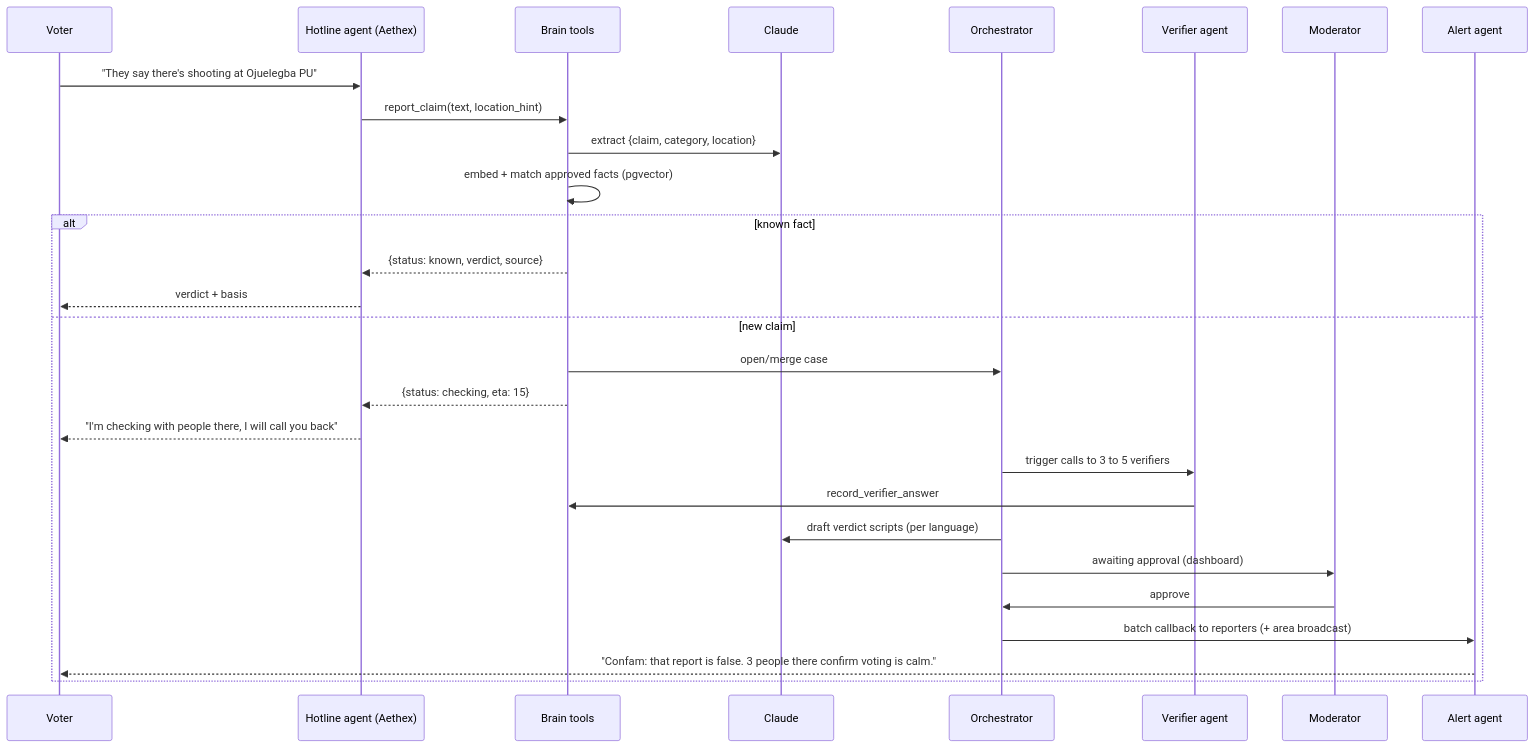
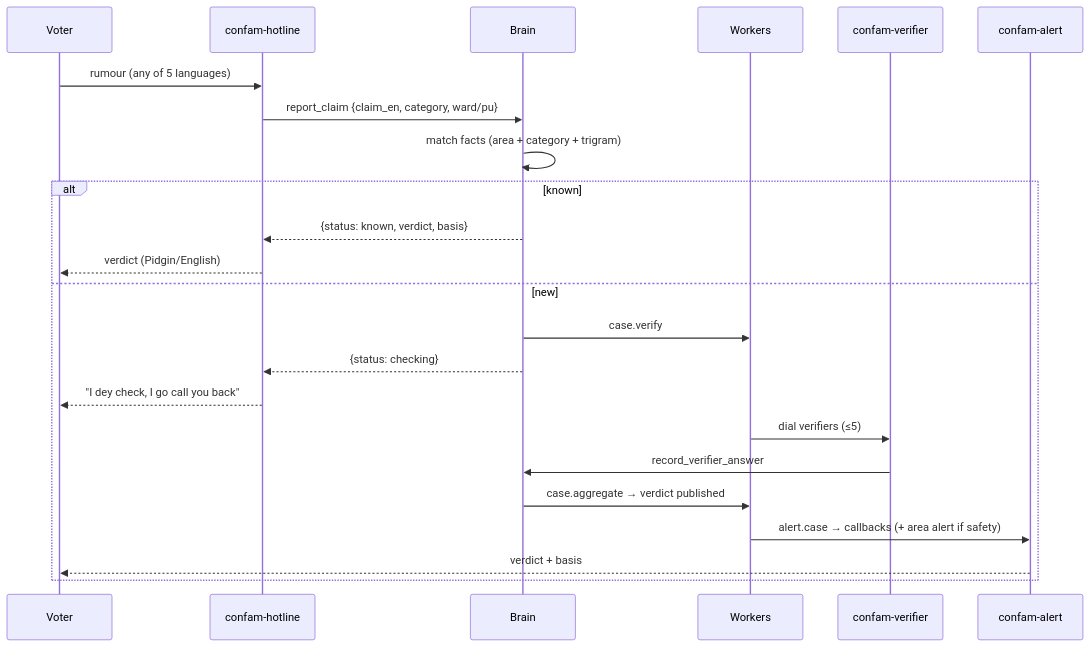
The third of 4 diagrams in ARCHITECTURE.md (ktechfest2/TEAM-4-3.0), drawn with Mermaid before and after one commit. The commit also changed other lines of this file, not shown here.

Commit message:
docs: architecture v2 with Aethex-only voice, automatic verdicts and demo data rules

````diff
--- a/ARCHITECTURE.md
+++ b/ARCHITECTURE.md
@@ -195,30 +168,25 @@
 ```mermaid
 sequenceDiagram
   participant V as Voter
-  participant H as Hotline agent (Aethex)
-  participant B as Brain tools
-  participant C as Claude
-  participant O as Orchestrator
-  participant VA as Verifier agent
-  participant M as Moderator
-  participant A as Alert agent
-  V->>H: "They say there's shooting at Ojuelegba PU"
-  H->>B: report_claim(text, location_hint)
-  B->>C: extract {claim, category, location}
-  B->>B: embed + match approved facts (pgvector)
-  alt known fact
-    B-->>H: {status: known, verdict, source}
-    H-->>V: verdict + basis
-  else new claim
-    B->>O: open/merge case
-    B-->>H: {status: checking, eta: 15}
-    H-->>V: "I'm checking with people there, I will call you back"
-    O->>VA: trigger calls to 3 to 5 verifiers
+  participant H as confam-hotline
+  participant B as Brain
+  participant W as Workers
+  participant VA as confam-verifier
+  participant A as confam-alert
+  V->>H: rumour (any of 5 languages)
+  H->>B: report_claim {claim_en, category, ward/pu}
+  B->>B: match facts (area + category + trigram)
+  alt known
+    B-->>H: {status: known, verdict, basis}
+    H-->>V: verdict (Pidgin/English)
+  else new
+    B->>W: case.verify
+    B-->>H: {status: checking}
+    H-->>V: "I dey check, I go call you back"
+    W->>VA: dial verifiers (≤5)
     VA->>B: record_verifier_answer
-    O->>C: draft verdict scripts (per language)
-    O->>M: awaiting approval (dashboard)
-    M->>O: approve
-    O->>A: batch callback to reporters (+ area broadcast)
-    A-->>V: "Confam: that report is false. 3 people there confirm voting is calm."
+    B->>W: case.aggregate → verdict published
+    W->>A: alert.case → callbacks (+ area alert if safety)
+    A-->>V: verdict + basis
   end
 ```
````
